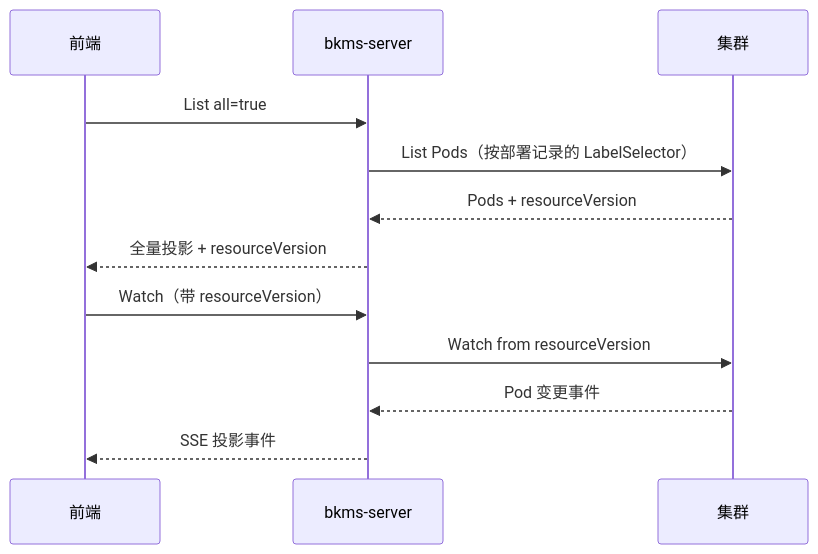
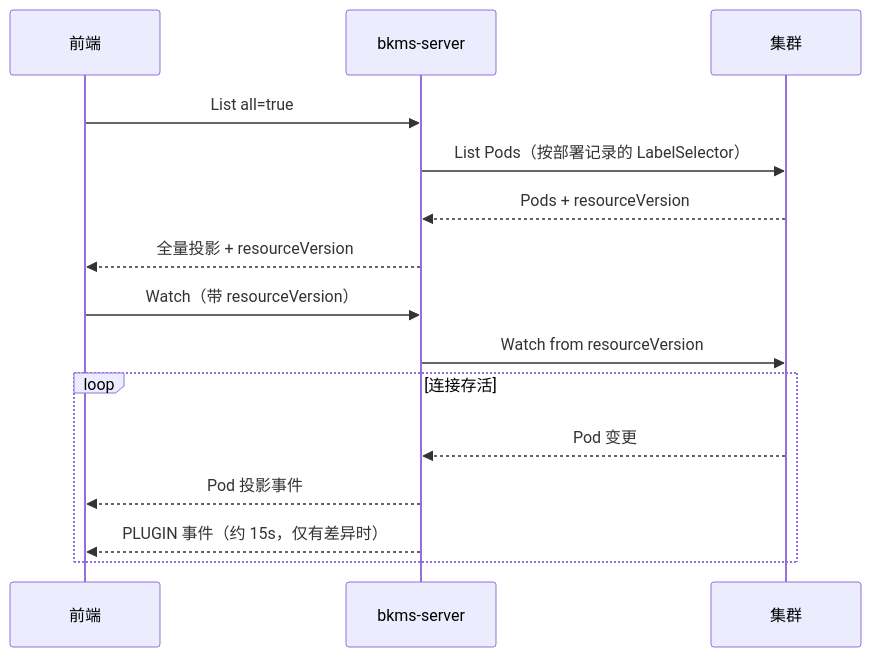
The first of 2 diagrams in bkms-server/design_notes/app_instances_list_watch.md (TencentBlueKing/blueking-service-governance), drawn with Mermaid before and after one commit. The commit also changed other lines of this file and 7 other files, not shown here.

````diff
--- a/bkms-server/design_notes/app_instances_list_watch.md
+++ b/bkms-server/design_notes/app_instances_list_watch.md
@@ -13,15 +11,18 @@
 ```mermaid
 sequenceDiagram
     participant UI as 前端
     participant Server as bkms-server
     participant K8s as 集群
 
     UI->>Server: List all=true
     Server->>K8s: List Pods（按部署记录的 LabelSelector）
     K8s-->>Server: Pods + resourceVersion
     Server-->>UI: 全量投影 + resourceVersion
     UI->>Server: Watch（带 resourceVersion）
     Server->>K8s: Watch from resourceVersion
-    K8s-->>Server: Pod 变更事件
-    Server-->>UI: SSE 投影事件
+    loop 连接存活
+        K8s-->>Server: Pod 变更
+        Server-->>UI: Pod 投影事件
+        Server-->>UI: PLUGIN 事件（约 15s，仅有差异时）
+    end
 ```
````
